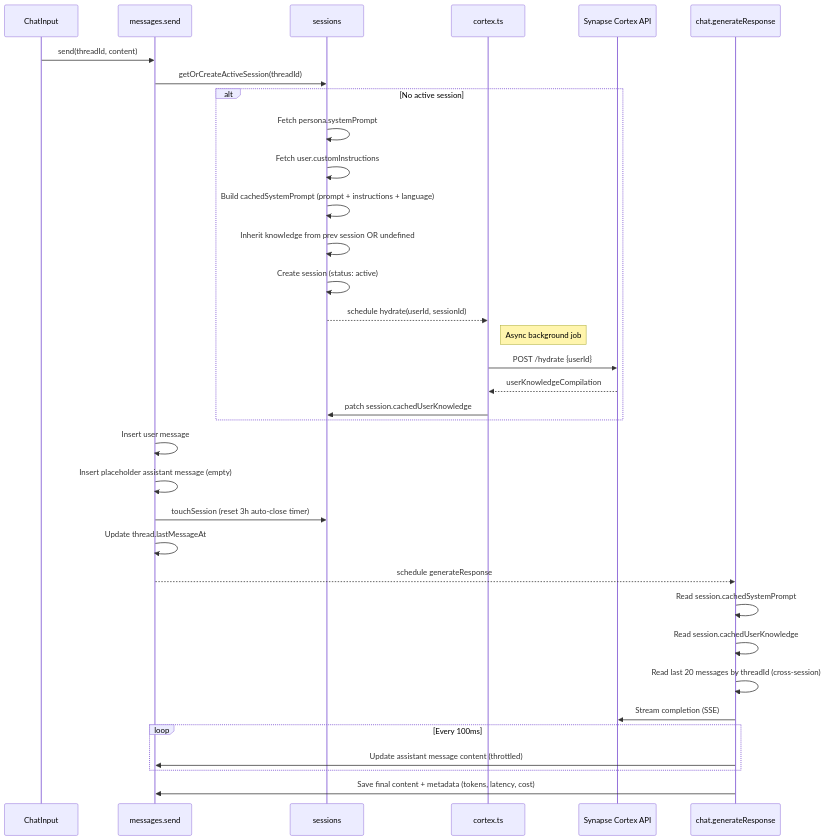
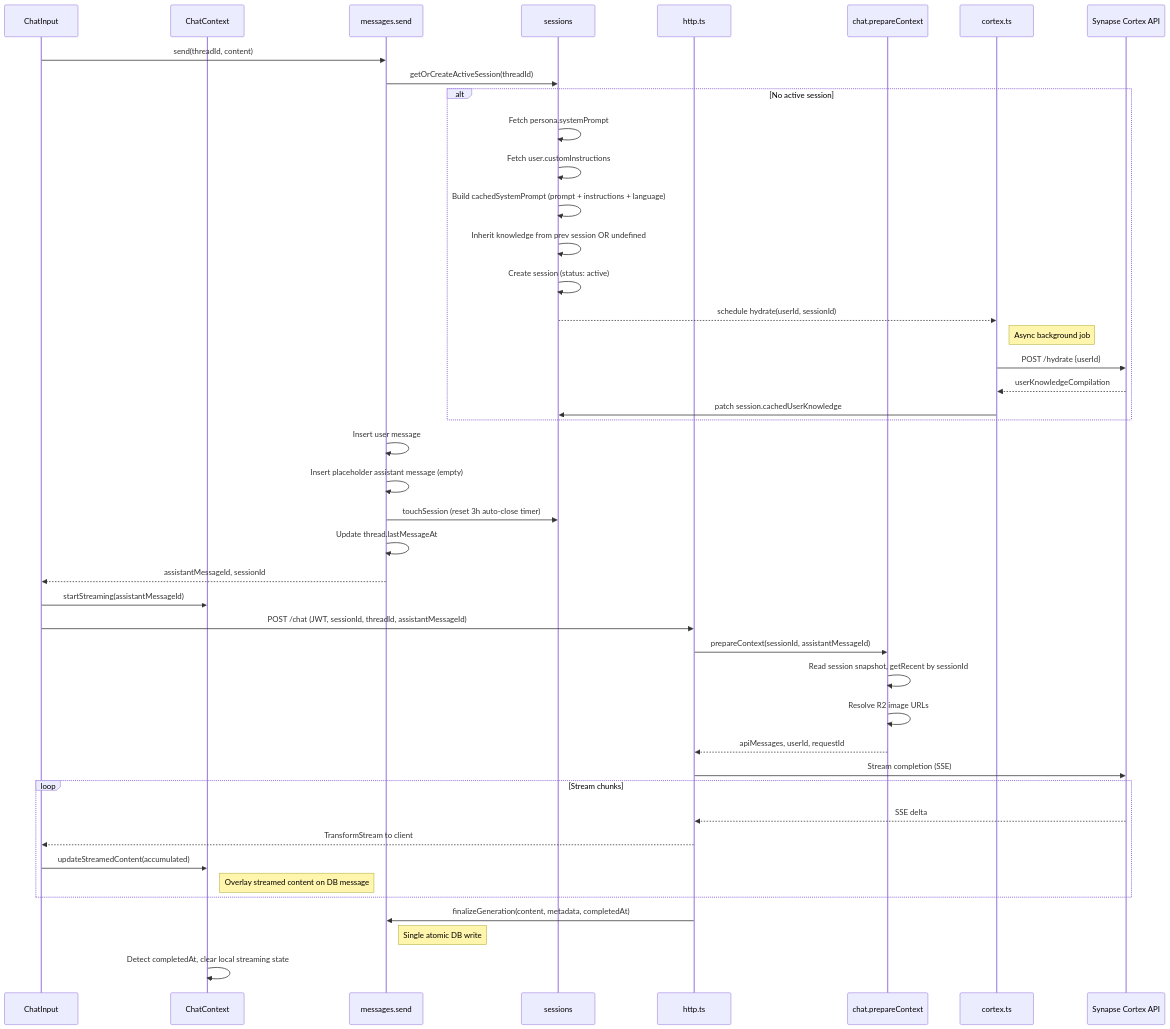
The fourth of 7 diagrams in README.md (juandastic/synapse-chat-ai), drawn with Mermaid before and after one commit. The commit also changed other lines of this file and 7 other files, not shown here.

````diff
--- a/README.md
+++ b/README.md
@@ -252,40 +257,53 @@
 ```mermaid
 sequenceDiagram
     participant UI as ChatInput
+    participant Ctx as ChatContext
     participant Msg as messages.send
     participant Sess as sessions
+    participant Http as http.ts
+    participant Chat as chat.prepareContext
     participant Cortex as cortex.ts
     participant API as Synapse Cortex API
-    participant Chat as chat.generateResponse
 
     UI->>Msg: send(threadId, content)
     Msg->>Sess: getOrCreateActiveSession(threadId)
 
     alt No active session
         Sess->>Sess: Fetch persona.systemPrompt
         Sess->>Sess: Fetch user.customInstructions
         Sess->>Sess: Build cachedSystemPrompt (prompt + instructions + language)
         Sess->>Sess: Inherit knowledge from prev session OR undefined
         Sess->>Sess: Create session (status: active)
         Sess-->>Cortex: schedule hydrate(userId, sessionId)
         Note right of Cortex: Async background job
         Cortex->>API: POST /hydrate {userId}
         API-->>Cortex: userKnowledgeCompilation
         Cortex->>Sess: patch session.cachedUserKnowledge
     end
 
     Msg->>Msg: Insert user message
     Msg->>Msg: Insert placeholder assistant message (empty)
     Msg->>Sess: touchSession (reset 3h auto-close timer)
     Msg->>Msg: Update thread.lastMessageAt
-    Msg-->>Chat: schedule generateResponse
+    Msg-->>UI: assistantMessageId, sessionId
 
-    Chat->>Chat: Read session.cachedSystemPrompt
-    Chat->>Chat: Read session.cachedUserKnowledge
-    Chat->>Chat: Read last 20 messages by threadId (cross-session)
-    Chat->>API: Stream completion (SSE)
-    loop Every 100ms
-        Chat->>Msg: Update assistant message content (throttled)
+    UI->>Ctx: startStreaming(assistantMessageId)
+    UI->>Http: POST /chat (JWT, sessionId, threadId, assistantMessageId)
+
+    Http->>Chat: prepareContext(sessionId, assistantMessageId)
+    Chat->>Chat: Read session snapshot, getRecent by sessionId
+    Chat->>Chat: Resolve R2 image URLs
+    Chat-->>Http: apiMessages, userId, requestId
+
+    Http->>API: Stream completion (SSE)
+    loop Stream chunks
+        API-->>Http: SSE delta
+        Http-->>UI: TransformStream to client
+        UI->>Ctx: updateStreamedContent(accumulated)
+        Note right of Ctx: Overlay streamed content on DB message
     end
-    Chat->>Msg: Save final content + metadata (tokens, latency, cost)
+
+    Http->>Msg: finalizeGeneration(content, metadata, completedAt)
+    Note right of Msg: Single atomic DB write
+    Ctx->>Ctx: Detect completedAt, clear local streaming state
 ```
````
